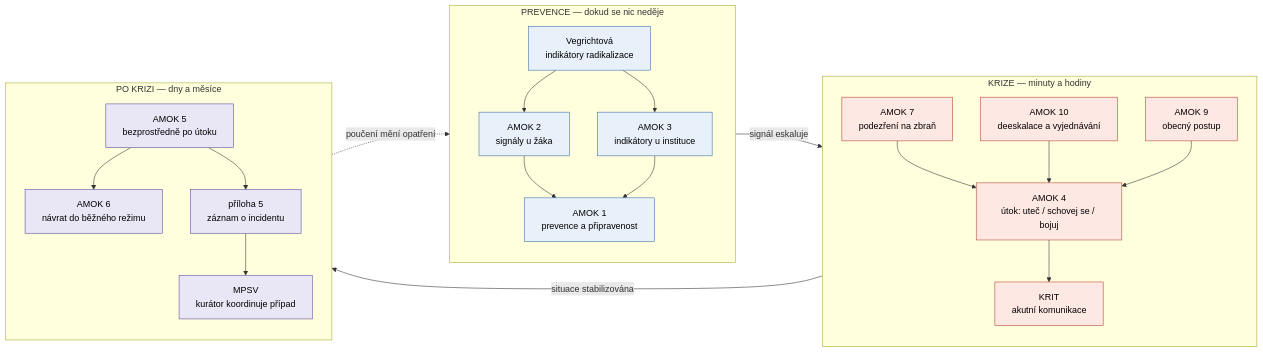
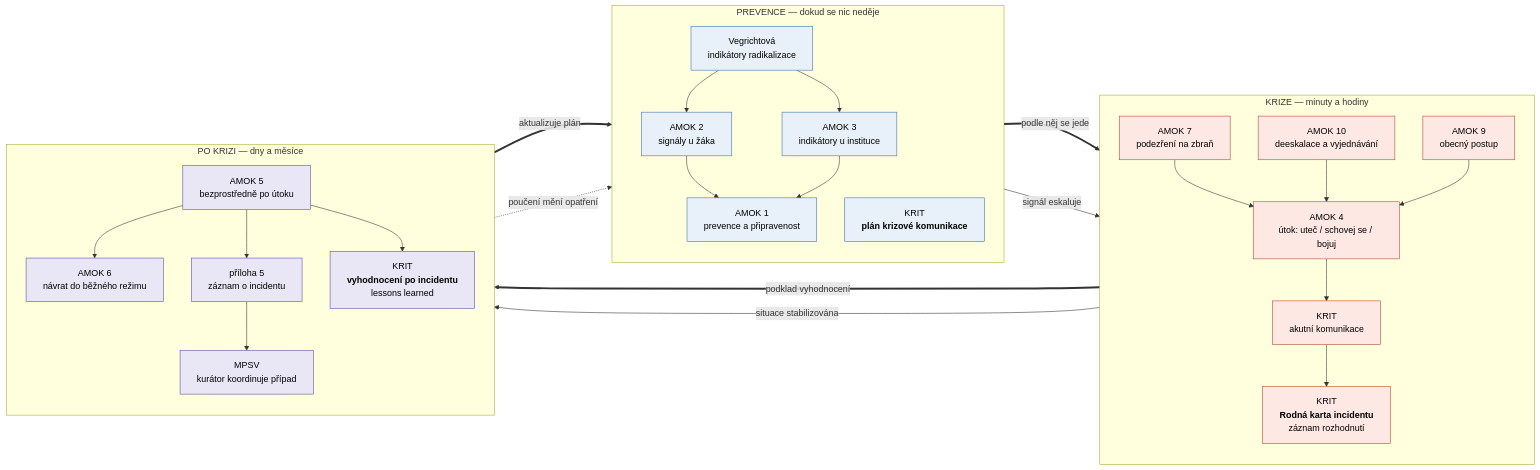
The second of 3 diagrams in dokumentace/provazanost-dat.md (aidetemcz/bezpecna-skola), drawn with Mermaid before and after one commit. The commit also changed other lines of this file and 1 other file, not shown here.

````diff
--- a/dokumentace/provazanost-dat.md
+++ b/dokumentace/provazanost-dat.md
@@ -65,49 +65,57 @@
 ```mermaid
 flowchart LR
     subgraph PREV["PREVENCE — dokud se nic neděje"]
         direction TB
         V1["Vegrichtová<br/>indikátory radikalizace"]
         A2["AMOK 2<br/>signály u žáka"]
         A3["AMOK 3<br/>indikátory u instituce"]
         A1["AMOK 1<br/>prevence a připravenost"]
+        KP["KRIT<br/><b>plán krizové komunikace</b>"]
         V1 --> A2
         V1 --> A3
         A2 --> A1
         A3 --> A1
     end
 
     subgraph KRIZE["KRIZE — minuty a hodiny"]
         direction TB
         A7["AMOK 7<br/>podezření na zbraň"]
         A4["AMOK 4<br/>útok: uteč / schovej se / bojuj"]
         A10["AMOK 10<br/>deeskalace a vyjednávání"]
         A9["AMOK 9<br/>obecný postup"]
         KR["KRIT<br/>akutní komunikace"]
+        RKI["KRIT<br/><b>Rodná karta incidentu</b><br/>záznam rozhodnutí"]
         A7 --> A4
         A10 --> A4
         A9 --> A4
         A4 --> KR
+        KR --> RKI
     end
 
     subgraph PO["PO KRIZI — dny a měsíce"]
         direction TB
         A5["AMOK 5<br/>bezprostředně po útoku"]
         A6["AMOK 6<br/>návrat do běžného režimu"]
         E5["příloha 5<br/>záznam o incidentu"]
         MP["MPSV<br/>kurátor koordinuje případ"]
+        VY["KRIT<br/><b>vyhodnocení po incidentu</b><br/>lessons learned"]
         A5 --> A6
         A5 --> E5
         E5 --> MP
+        A5 --> VY
     end
 
     PREV -->|"signál eskaluje"| KRIZE
     KRIZE -->|"situace stabilizována"| PO
     PO -.->|"poučení mění opatření"| PREV
+    KP ==>|"podle něj se jede"| RKI
+    RKI ==>|"podklad vyhodnocení"| VY
+    VY ==>|"aktualizuje plán"| KP
 
     classDef prev fill:#e8f0fa,stroke:#3c6fa8,color:#000
     classDef kriz fill:#fde8e4,stroke:#b5442c,color:#000
     classDef po fill:#e9e6f5,stroke:#5b4c9c,color:#000
-    class V1,A2,A3,A1 prev
-    class A7,A4,A10,A9,KR kriz
-    class A5,A6,E5,MP po
+    class V1,A2,A3,A1,KP prev
+    class A7,A4,A10,A9,KR,RKI kriz
+    class A5,A6,E5,MP,VY po
 ```
````
